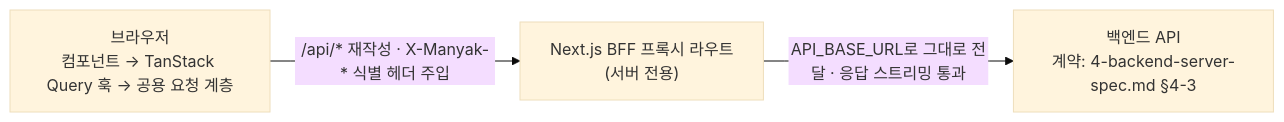
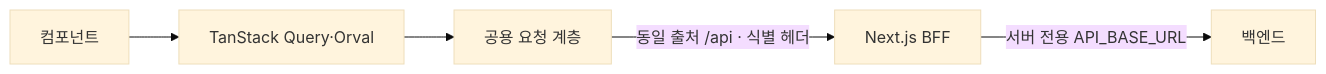
The diagram in docs/design/1-1-web-design.md (KIM-N-KANG/knk-harness), drawn with Mermaid (base theme) before and after one commit. The commit also changed other lines of this file and 26 other files, not shown here.

````diff
--- a/docs/design/1-1-web-design.md
+++ b/docs/design/1-1-web-design.md
@@ -49,5 +44,7 @@
 ```mermaid
 graph LR
-    Browser["브라우저<br/>컴포넌트 → TanStack Query 훅 → 공용 요청 계층"] -->|"/api/* 재작성 · X-Manyak-* 식별 헤더 주입"| BFF["Next.js BFF 프록시 라우트<br/>(서버 전용)"]
-    BFF -->|"API_BASE_URL로 그대로 전달 · 응답 스트리밍 통과"| Server["백엔드 API<br/>계약: 4-backend-server-spec.md §4-3"]
+    UI[컴포넌트] --> Query[TanStack Query·Orval]
+    Query --> Fetch[공용 요청 계층]
+    Fetch -->|동일 출처 /api · 식별 헤더| BFF[Next.js BFF]
+    BFF -->|서버 전용 API_BASE_URL| API[백엔드]
 ```
````
